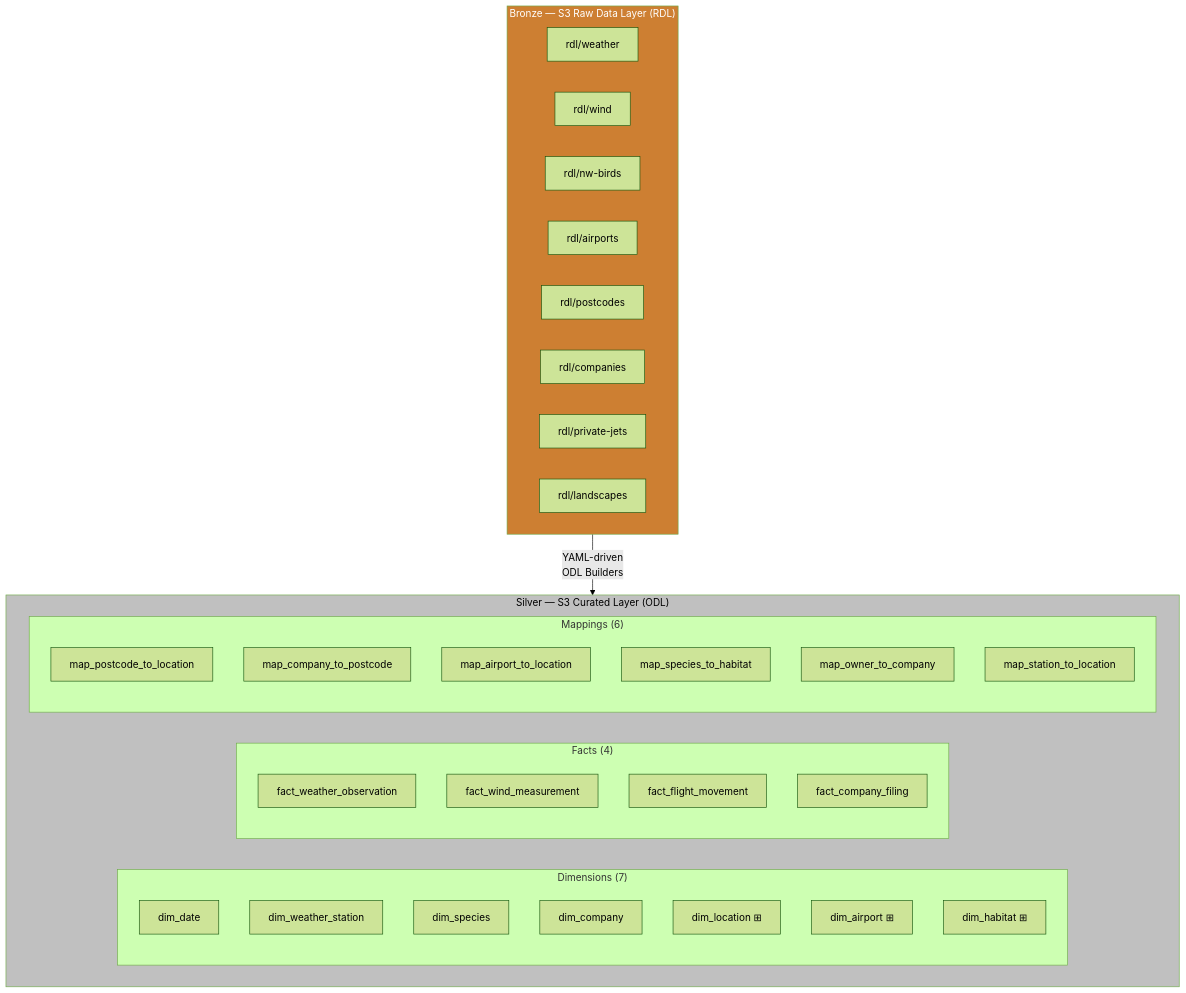
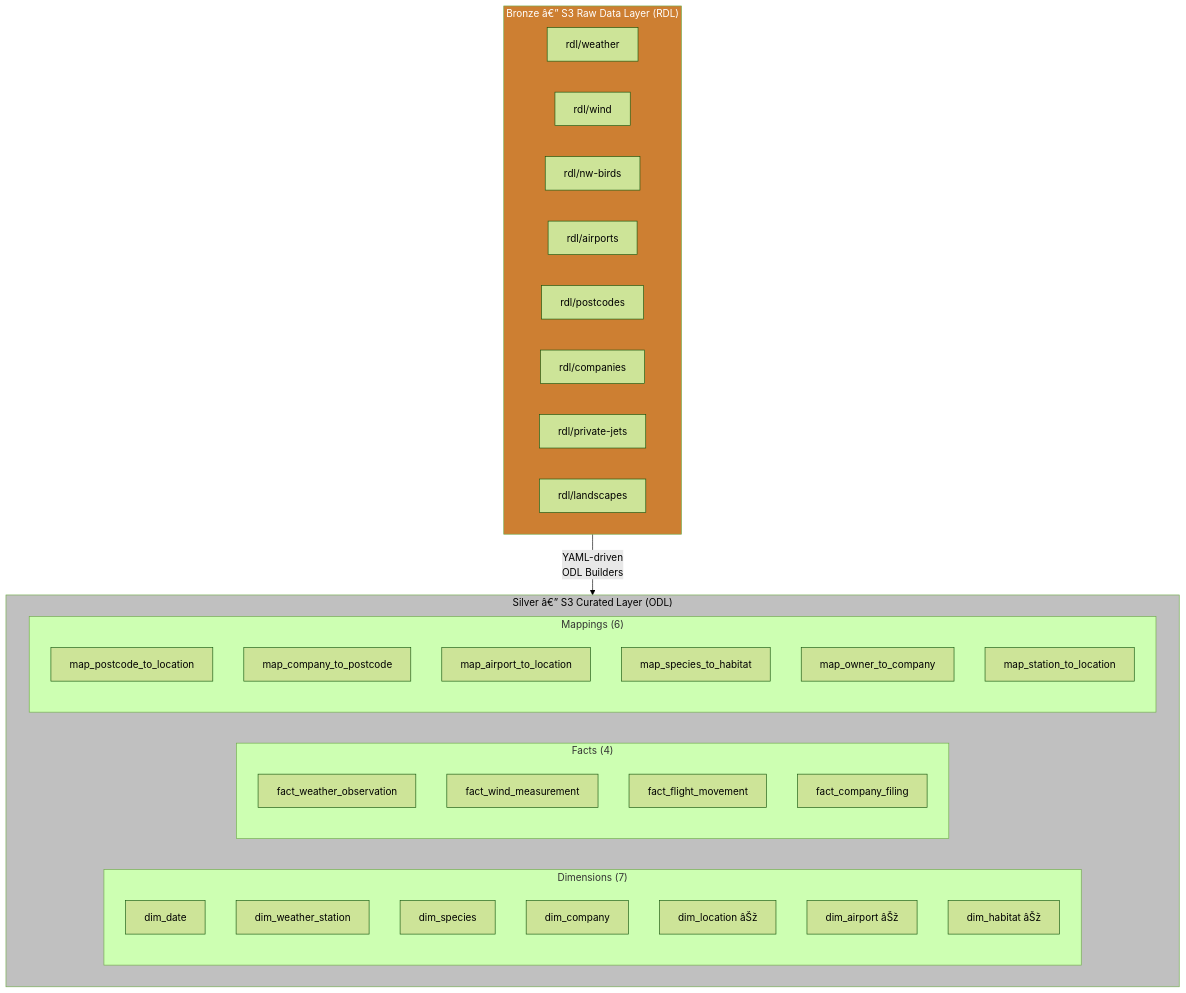
The second of 3 diagrams in README.md (TimiOlayinka/bellosdata-lakehouse), drawn with Mermaid (forest theme) before and after one commit. The commit also changed other lines of this file and 28 other files, not shown here.

````diff
--- a/README.md
+++ b/README.md
@@ -177,46 +177,46 @@
 ```mermaid
 flowchart TB
-    subgraph BRONZE["Bronze — S3 Raw Data Layer (RDL)"]
+    subgraph BRONZE["Bronze â€” S3 Raw Data Layer (RDL)"]
         direction LR
         R1["rdl/weather"]
         R2["rdl/wind"]
         R3["rdl/nw-birds"]
         R4["rdl/airports"]
         R5["rdl/postcodes"]
         R6["rdl/companies"]
         R7["rdl/private-jets"]
         R8["rdl/landscapes"]
     end
 
-    subgraph SILVER["Silver — S3 Curated Layer (ODL)"]
+    subgraph SILVER["Silver â€” S3 Curated Layer (ODL)"]
         direction LR
         subgraph DIMS["Dimensions (7)"]
             D1["dim_date"]
             D2["dim_weather_station"]
             D3["dim_species"]
             D4["dim_company"]
-            D5["dim_location ⊞"]
-            D6["dim_airport ⊞"]
-            D7["dim_habitat ⊞"]
+            D5["dim_location âŠž"]
+            D6["dim_airport âŠž"]
+            D7["dim_habitat âŠž"]
         end
         subgraph FACTS["Facts (4)"]
             F1["fact_weather_observation"]
             F2["fact_wind_measurement"]
             F3["fact_flight_movement"]
             F4["fact_company_filing"]
         end
         subgraph MAPS["Mappings (6)"]
             M1["map_postcode_to_location"]
             M2["map_company_to_postcode"]
             M3["map_airport_to_location"]
             M4["map_species_to_habitat"]
             M5["map_owner_to_company"]
             M6["map_station_to_location"]
         end
     end
 
     BRONZE -->|"YAML-driven\nODL Builders"| SILVER
 
     style BRONZE fill:#CD7F32,color:#fff
     style SILVER fill:#C0C0C0,color:#000
 ```
````
